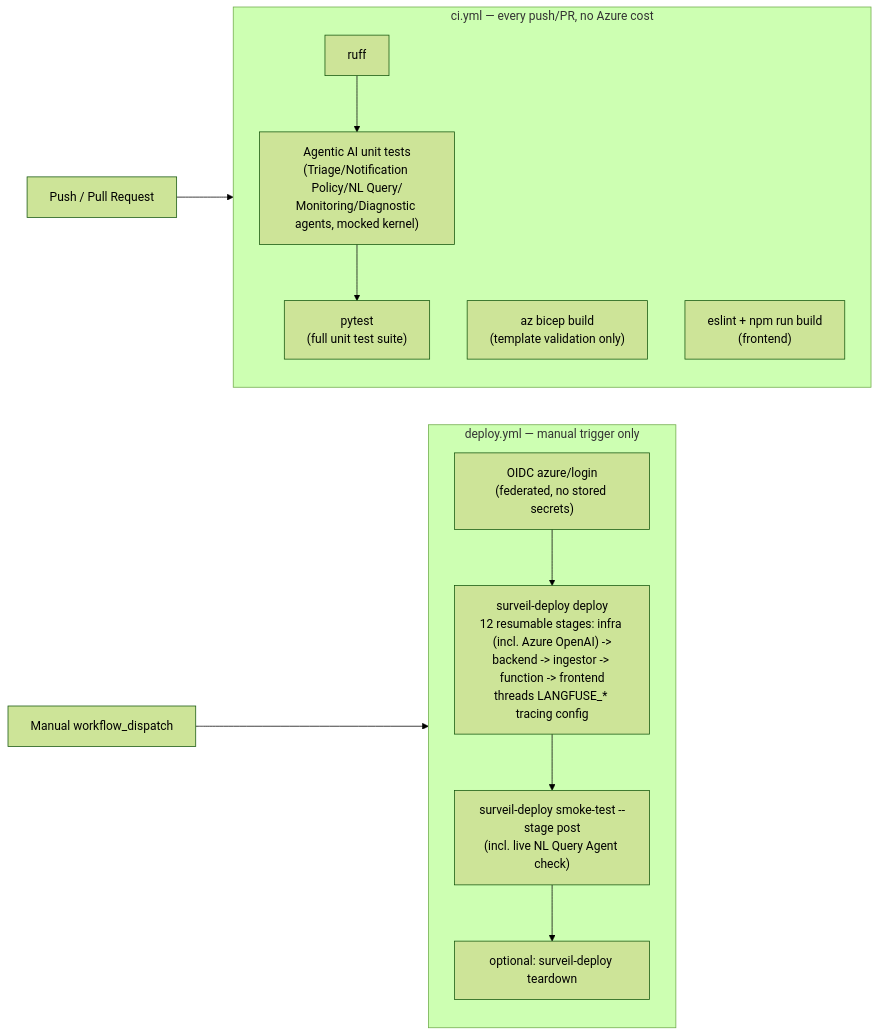
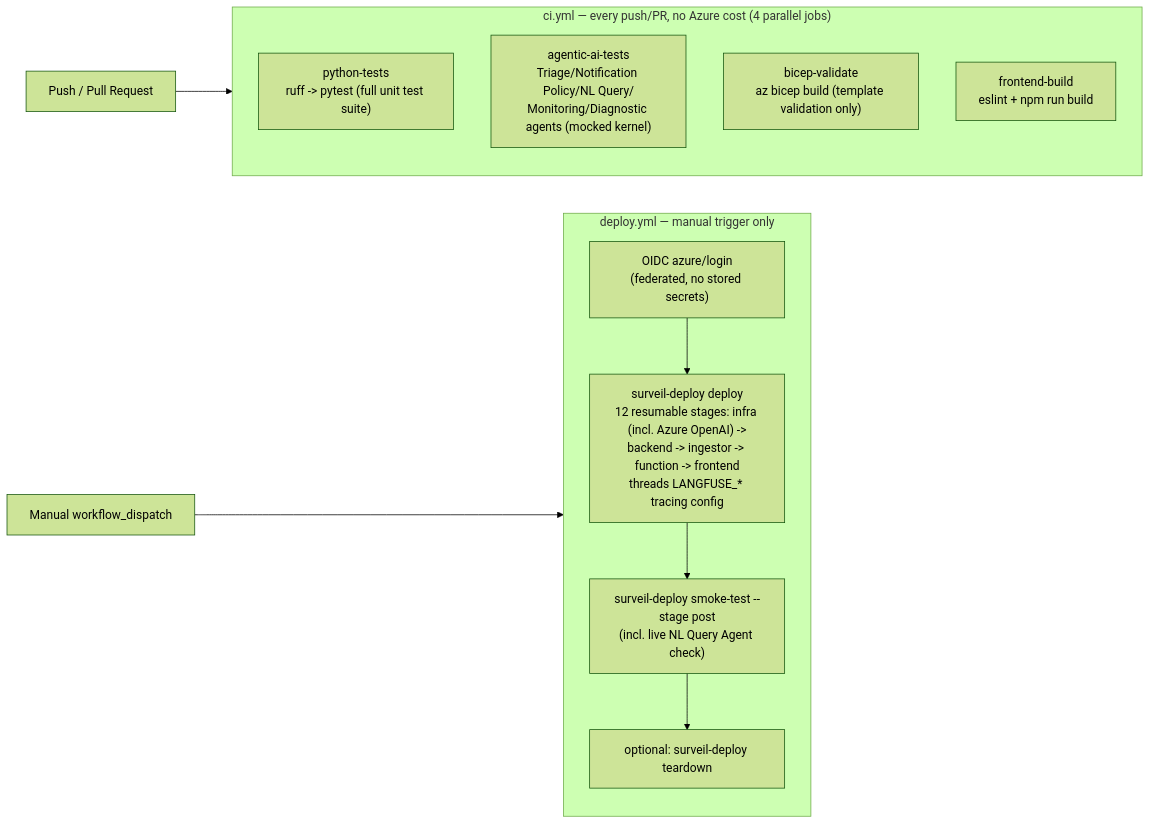
The second of 5 diagrams in Azure-Agentic-Video-Surveillance/README.md (MAOFILHO/Portfolio-Projects), drawn with Mermaid (forest theme) before and after one commit. The commit also changed other lines of this file and 1 other file, not shown here.

Commit message:
CI: split Agentic AI unit tests into their own top-level job
Was a step nested inside python-tests, so it never appeared as its own
line in the Actions run summary -- easy to miss at a glance that it ran
at all. Now a separate agentic-ai-tests job runs alongside python-tests,
bicep-validate, and frontend-build, visible as its own green checkmark.

````diff
--- a/Azure-Agentic-Video-Surveillance/README.md
+++ b/Azure-Agentic-Video-Surveillance/README.md
@@ -267,25 +267,23 @@
 ```mermaid
 flowchart LR
     PR["Push / Pull Request"] --> CI
 
-    subgraph CI["ci.yml — every push/PR, no Azure cost"]
+    subgraph CI["ci.yml — every push/PR, no Azure cost (4 parallel jobs)"]
         direction TB
-        Lint["ruff"]
-        AgentTests["Agentic AI unit tests<br/>(Triage/Notification Policy/NL Query/<br/>Monitoring/Diagnostic agents, mocked kernel)"]
-        FullSuite["pytest<br/>(full unit test suite)"]
-        Bicep["az bicep build<br/>(template validation only)"]
-        FE["eslint + npm run build<br/>(frontend)"]
-        Lint --> AgentTests --> FullSuite
+        PyTests["python-tests<br/>ruff -> pytest (full unit test suite)"]
+        AgentTests["agentic-ai-tests<br/>Triage/Notification Policy/NL Query/<br/>Monitoring/Diagnostic agents (mocked kernel)"]
+        Bicep["bicep-validate<br/>az bicep build (template validation only)"]
+        FE["frontend-build<br/>eslint + npm run build"]
     end
 
     Manual["Manual workflow_dispatch"] --> Deploy
 
     subgraph Deploy["deploy.yml — manual trigger only"]
         direction TB
         OIDC["OIDC azure/login<br/>(federated, no stored secrets)"]
         Pipeline["surveil-deploy deploy<br/>12 resumable stages: infra (incl. Azure OpenAI) -><br/>backend -> ingestor -> function -> frontend<br/>threads LANGFUSE_* tracing config"]
         Smoke["surveil-deploy smoke-test --stage post<br/>(incl. live NL Query Agent check)"]
         Teardown["optional: surveil-deploy teardown"]
         OIDC --> Pipeline --> Smoke --> Teardown
     end
 ```
````
